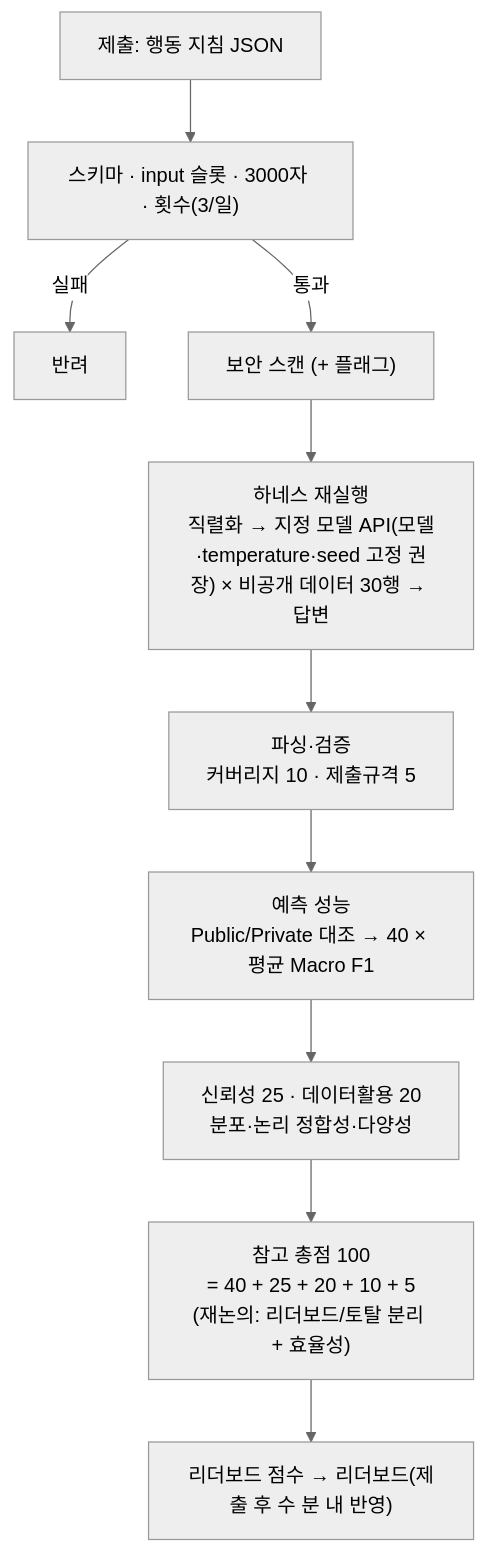
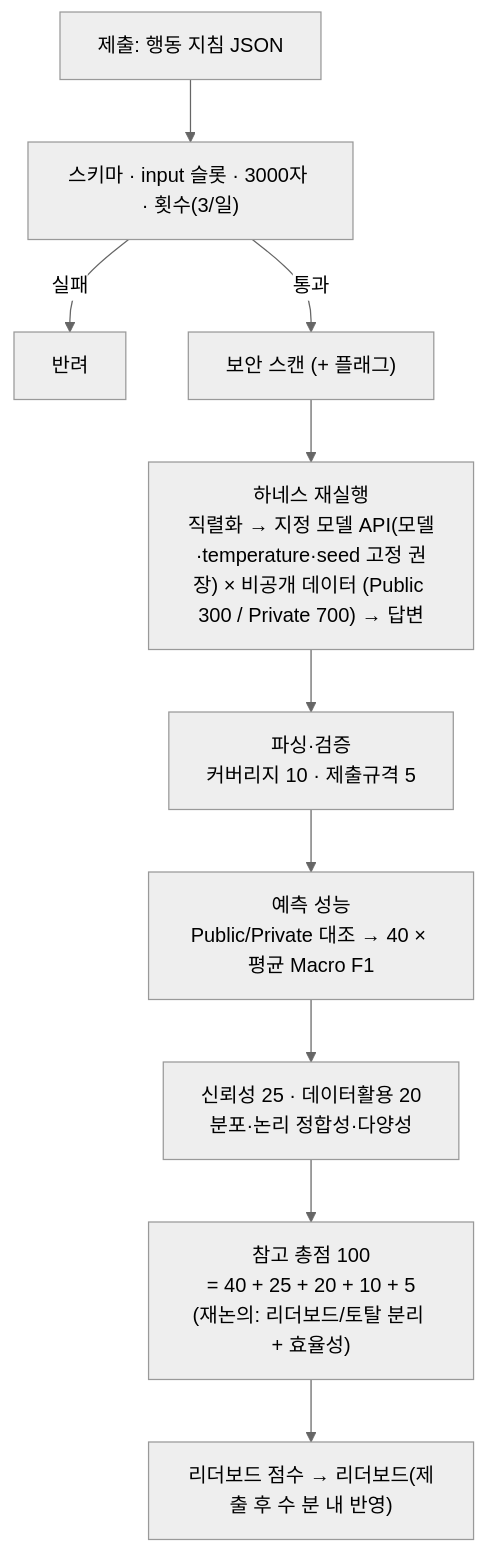
One commit to researcherhojin/rok-mnd-prompt-comp-2026 changed the second of 2 diagrams in request/competition_design_brief.md. Above: the diagram before and after it, drawn with Mermaid (neutral theme). The commit also changed other lines of this file and 15 other files, not shown here.

````diff
--- a/request/competition_design_brief.md
+++ b/request/competition_design_brief.md
@@ -242,12 +267,12 @@
 ```mermaid
 flowchart TD
     S["제출: 행동 지침 JSON"] --> V["스키마 · input 슬롯 · 3000자 · 횟수(3/일)"]
     V -->|실패| REJ["반려"]
     V -->|통과| SEC["보안 스캔 (+ 플래그)"]
-    SEC --> RUN["하네스 재실행<br/>직렬화 → 지정 모델 API(모델·temperature·seed 고정 권장) × 비공개 데이터 30행 → 답변"]
+    SEC --> RUN["하네스 재실행<br/>직렬화 → 지정 모델 API(모델·temperature·seed 고정 권장) × 비공개 데이터 (Public 300 / Private 700) → 답변"]
     RUN --> PAR["파싱·검증<br/>커버리지 10 · 제출규격 5"]
     PAR --> ACC["예측 성능<br/>Public/Private 대조 → 40 × 평균 Macro F1"]
     ACC --> REL["신뢰성 25 · 데이터활용 20<br/>분포·논리 정합성·다양성"]
     REL --> TOT["참고 총점 100<br/>= 40 + 25 + 20 + 10 + 5<br/>(재논의: 리더보드/토탈 분리 + 효율성)"]
     TOT --> LB["리더보드 점수 → 리더보드(제출 후 수 분 내 반영)"]
 ```
````
